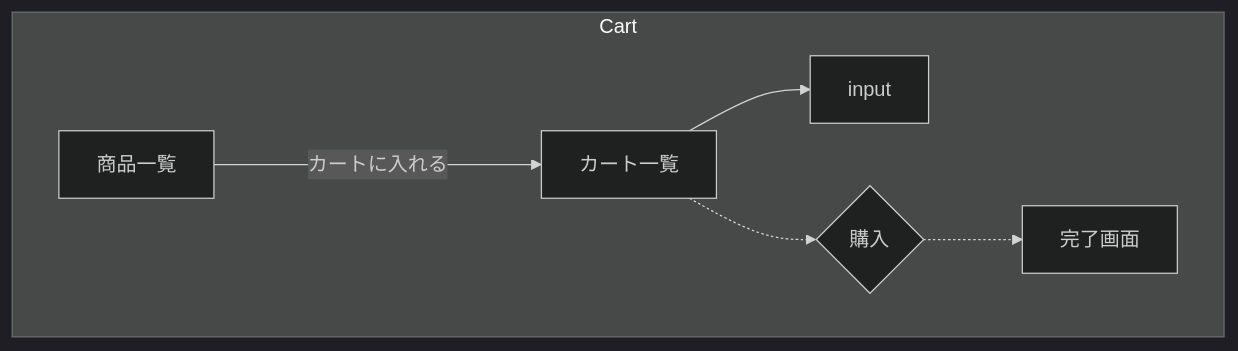
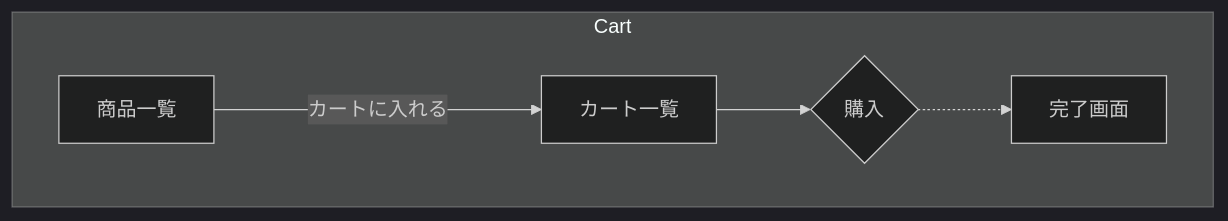
Before and after one commit to yse-yoo/my_shop_2024_ig21: the diagram in doc/cart_item.md, drawn with Mermaid (dark theme). The commit also changed 1 other file, not shown here.

````diff
--- a/doc/cart_item.md
+++ b/doc/cart_item.md
@@ -1,14 +1,13 @@
 ```mermaid
 flowchart TD
 
 subgraph Cart
 index[商品一覧]
 cart[カート一覧]
 add{購入}
 complete[完了画面]
 
-index--->|カートに入れる|cart-->input
-cart-.->add-.->complete
+index--->|カートに入れる|cart-->add-.->complete
 
 end
 ```
````
